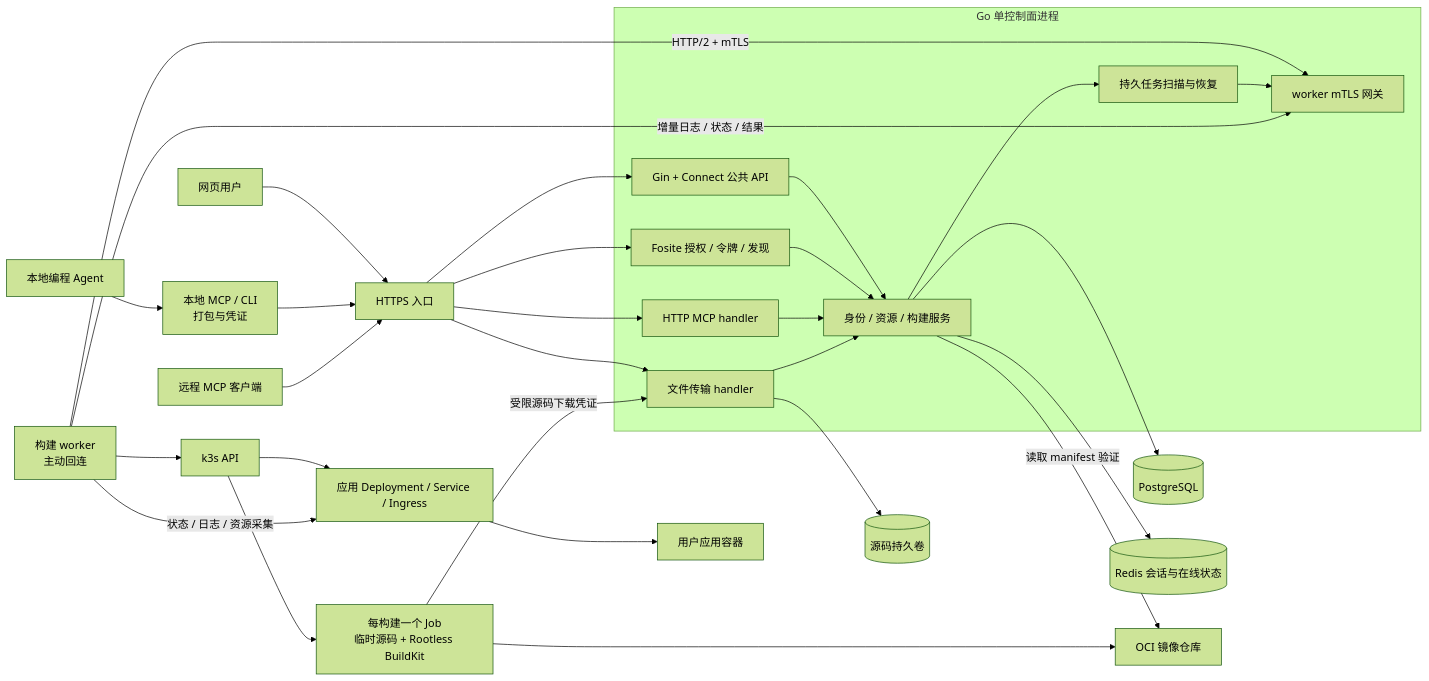
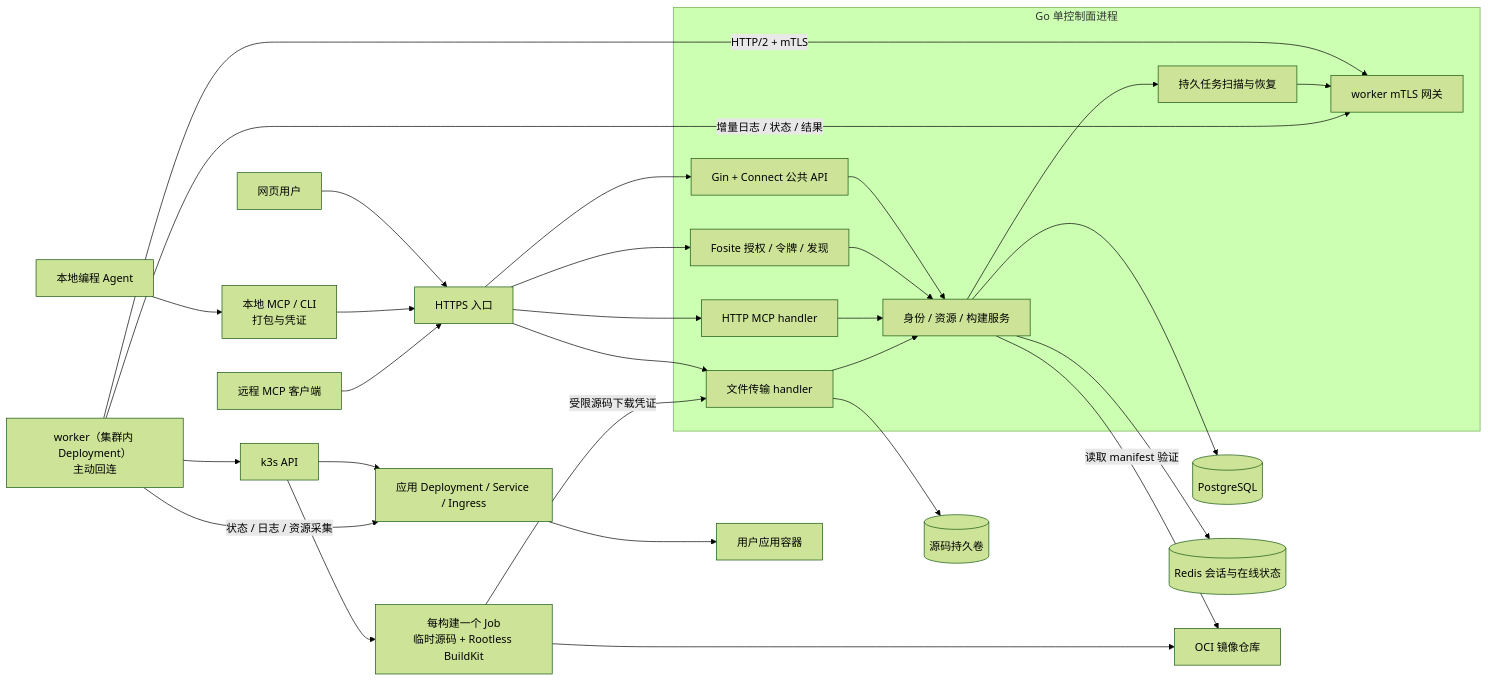
One commit to sunshanpeng/yummy changed the first of 2 diagrams in docs/superpowers/specs/2026-10-22-agent-first-build-technical-design.md. Above: the diagram before and after it, drawn with Mermaid (forest theme). The commit also changed other lines of this file and 12 other files, not shown here.

````diff
--- a/docs/superpowers/specs/2026-10-22-agent-first-build-technical-design.md
+++ b/docs/superpowers/specs/2026-10-22-agent-first-build-technical-design.md
@@ -125,39 +125,39 @@
 ```mermaid
 flowchart LR
   Human[网页用户] --> Edge[HTTPS 入口]
   Agent[本地编程 Agent] --> MCP[本地 MCP / CLI\n打包与凭证]
   MCP --> Edge
   subgraph CP[Go 单控制面进程]
     Public[Gin + Connect 公共 API]
     OAuth[Fosite 授权 / 令牌 / 发现]
     HTTPMCP[HTTP MCP handler]
     Transfer[文件传输 handler]
     Services[身份 / 资源 / 构建服务]
     Scheduler[持久任务扫描与恢复]
     Gateway[worker mTLS 网关]
     Public --> Services
     OAuth --> Services
     HTTPMCP --> Services
     Transfer --> Services
     Services --> Scheduler
   end
   Remote[远程 MCP 客户端] --> Edge
   Edge --> Public
   Edge --> OAuth
   Edge --> HTTPMCP
   Edge --> Transfer
   Services --> PG[(PostgreSQL)]
   Services --> Redis[(Redis 会话与在线状态)]
   Transfer --> Sources[(源码持久卷)]
-  Worker[构建 worker\n主动回连] -->|HTTP/2 + mTLS| Gateway
+  Worker[worker（集群内 Deployment）\n主动回连] -->|HTTP/2 + mTLS| Gateway
   Scheduler --> Gateway
   Worker --> Kube[k3s API]
   Kube --> Runtime[应用 Deployment / Service / Ingress]
   Runtime --> App[用户应用容器]
   Worker -->|状态 / 日志 / 资源采集| Runtime
   Kube --> Job[每构建一个 Job\n临时源码 + Rootless BuildKit]
   Job -->|受限源码下载凭证| Transfer
   Job --> Registry[OCI 镜像仓库]
   Worker -->|增量日志 / 状态 / 结果| Gateway
   Services -->|读取 manifest 验证| Registry
 ```
````
